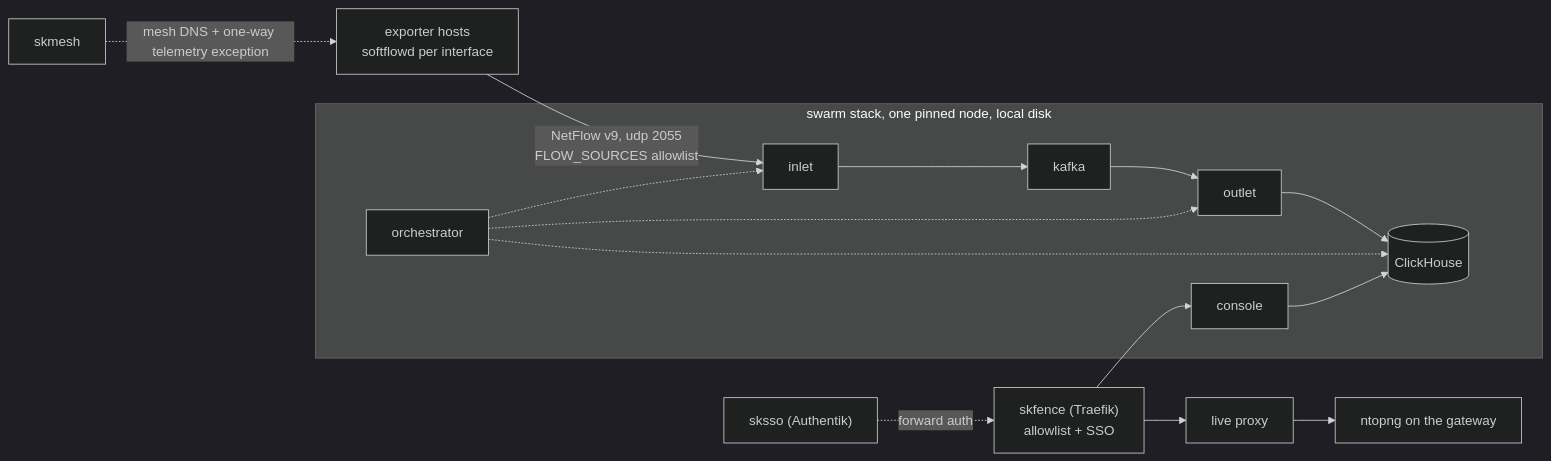
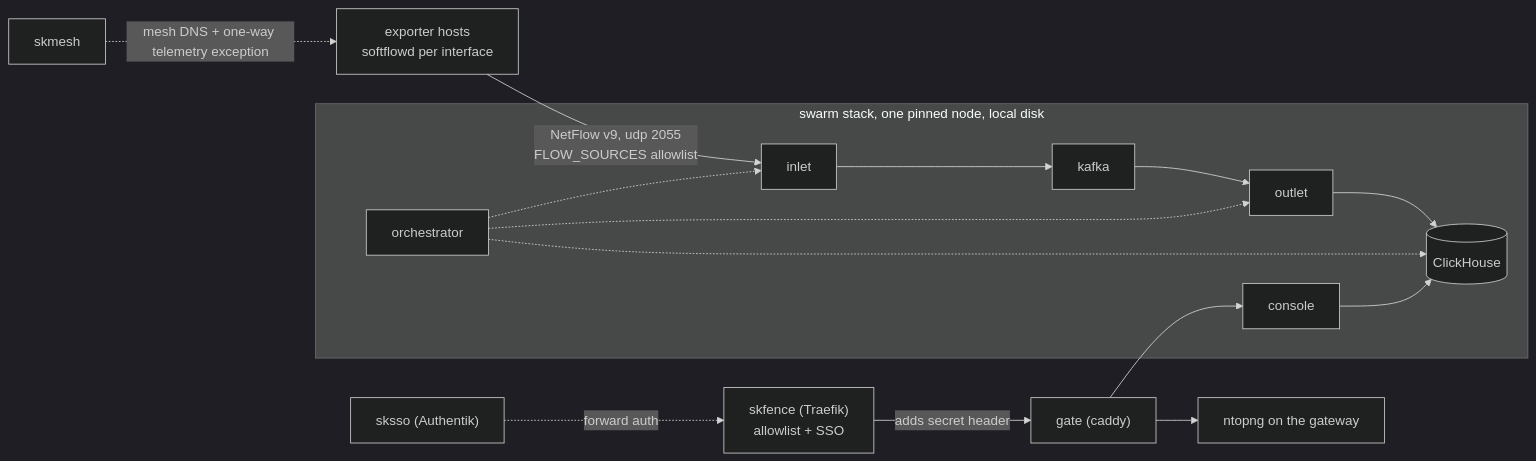
One commit to smilinTux/skstacks changed the diagram in v2/docs/services/sknet.md. Above: the diagram before and after it, drawn with Mermaid (dark theme). The commit also changed other lines of this file and 11 other files, not shown here.

````diff
--- a/v2/docs/services/sknet.md
+++ b/v2/docs/services/sknet.md
@@ -13,13 +13,14 @@
 ```mermaid
 flowchart LR
   EXP["exporter hosts<br/>softflowd per interface"] -->|"NetFlow v9, udp 2055<br/>FLOW_SOURCES allowlist"| INLET["inlet"]
   subgraph STACK["swarm stack, one pinned node, local disk"]
     INLET --> KAFKA["kafka"] --> OUTLET["outlet"] --> CH[("ClickHouse")]
     ORCH["orchestrator"] -.-> INLET & OUTLET & CH
     CONSOLE["console"] --> CH
   end
-  skfence["skfence (Traefik)<br/>allowlist + SSO"] --> CONSOLE
-  skfence --> LIVEP["live proxy"] --> NTOP["ntopng on the gateway"]
+  skfence["skfence (Traefik)<br/>allowlist + SSO"]
+  skfence -->|"adds secret header"| GATE["gate (caddy)"] --> CONSOLE
+  GATE --> NTOP["ntopng on the gateway"]
   sksso["sksso (Authentik)"] -.forward auth.-> skfence
   skmesh["skmesh"] -.mesh DNS + one-way telemetry exception.-> EXP
 ```
````
